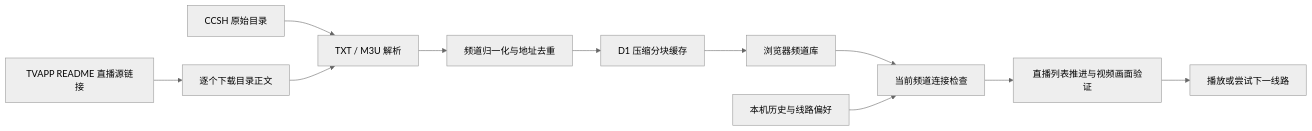
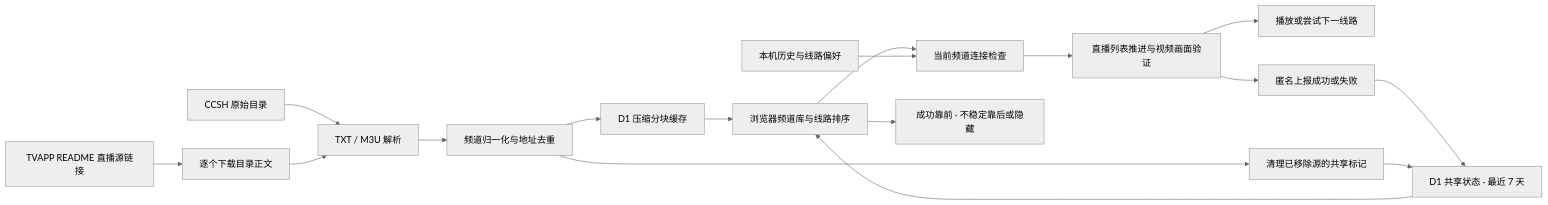
Before and after one commit to tsetsugekka/signalscout-tv: the diagram in README.md, drawn with Mermaid (neutral theme). The commit also changed other lines of this file and 20 other files, not shown here.

````diff
--- a/README.md
+++ b/README.md
@@ -91,13 +106,19 @@
 ```mermaid
 flowchart LR
     A[CCSH 原始目录] --> C[TXT / M3U 解析]
     B[TVAPP README 直播源链接] --> D[逐个下载目录正文]
     D --> C
     C --> E[频道归一化与地址去重]
     E --> F[D1 压缩分块缓存]
-    F --> G[浏览器频道库]
+    F --> G[浏览器频道库与线路排序]
     G --> H[当前频道连接检查]
     H --> I[直播列表推进与视频画面验证]
     I --> J[播放或尝试下一线路]
     K[本机历史与线路偏好] --> H
+    I --> R[匿名上报成功或失败]
+    R --> S[D1 共享状态 · 最近 7 天]
+    S --> G
+    G --> U[成功靠前 · 不稳定靠后或隐藏]
+    E --> V[清理已移除源的共享标记]
+    V --> S
 ```
````
